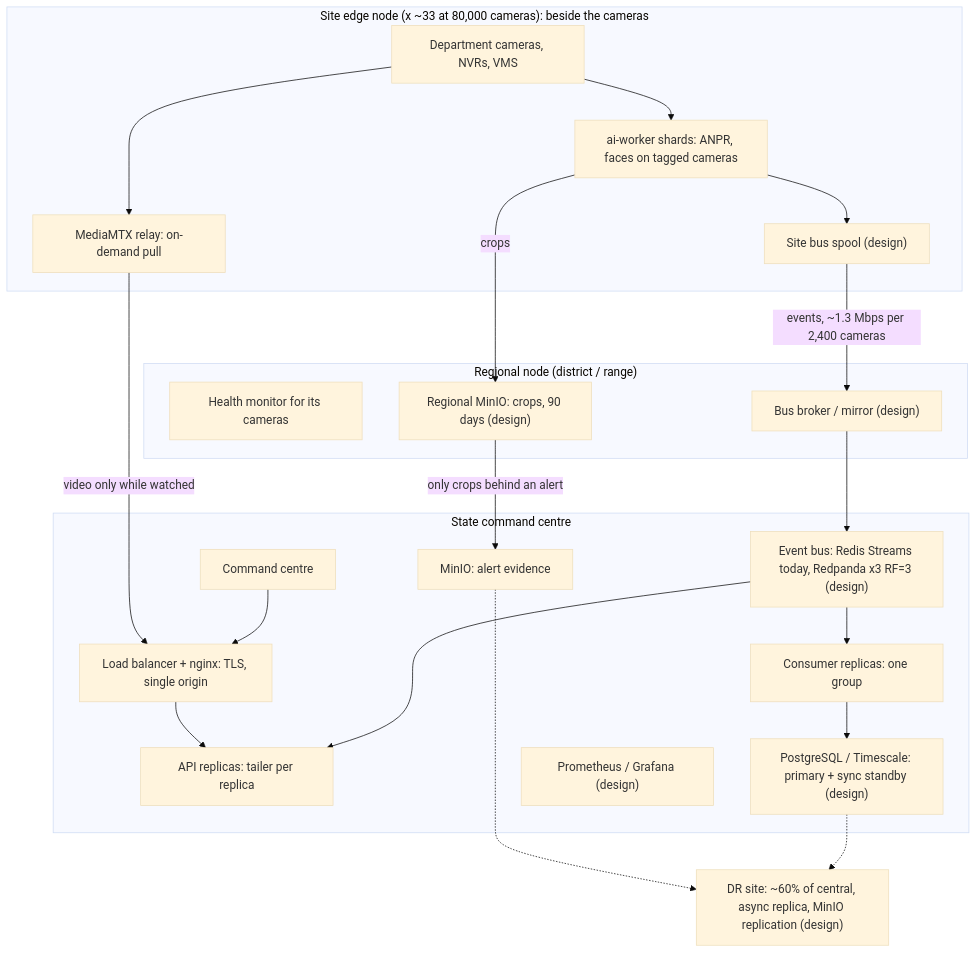
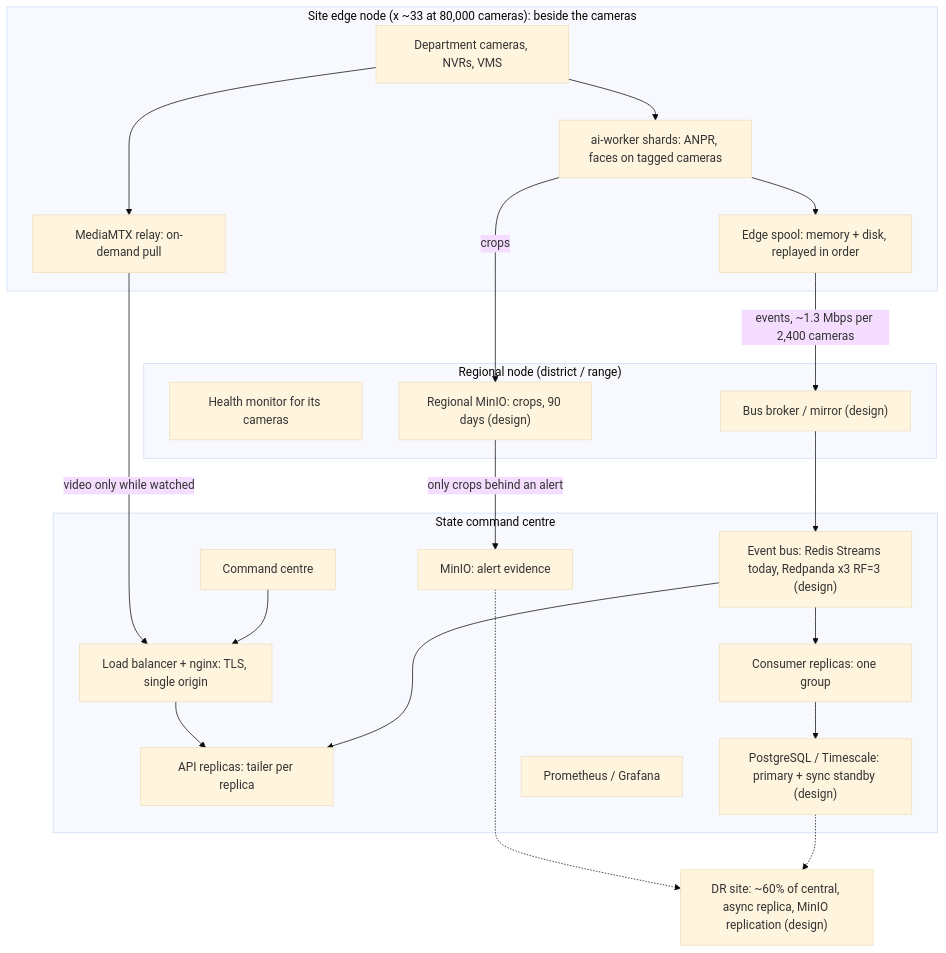
Before and after one commit to makvana-vaibhav/ANPR-Vehicle-Tracking-Trajectory: the fourth of 5 diagrams in docs/HLD.md, drawn with Mermaid (base theme). The commit also changed other lines of this file and 151 other files, not shown here.

````diff
--- a/docs/HLD.md
+++ b/docs/HLD.md
@@ -515,38 +640,38 @@
 ```mermaid
 flowchart TB
   subgraph SITE["Site edge node (x ~33 at 80,000 cameras): beside the cameras"]
     cams["Department cameras, NVRs, VMS"]
     relay["MediaMTX relay: on-demand pull"]
     aiw["ai-worker shards: ANPR, faces on tagged cameras"]
-    spool["Site bus spool (design)"]
+    spool["Edge spool: memory + disk, replayed in order"]
     cams --> relay
     cams --> aiw
     aiw --> spool
   end
   subgraph REG["Regional node (district / range)"]
     mon["Health monitor for its cameras"]
     s3r["Regional MinIO: crops, 90 days (design)"]
     brk["Bus broker / mirror (design)"]
   end
   subgraph STATE["State command centre"]
     lb["Load balancer + nginx: TLS, single origin"]
     api["API replicas: tailer per replica"]
     con["Consumer replicas: one group"]
     pg["PostgreSQL / Timescale: primary + sync standby (design)"]
     bus["Event bus: Redis Streams today, Redpanda x3 RF=3 (design)"]
     s3c["MinIO: alert evidence"]
-    obs["Prometheus / Grafana (design)"]
+    obs["Prometheus / Grafana"]
     web["Command centre"]
   end
   DR["DR site: ~60% of central, async replica, MinIO replication (design)"]
   spool -- "events, ~1.3 Mbps per 2,400 cameras" --> brk --> bus
   aiw -- "crops" --> s3r
   s3r -- "only crops behind an alert" --> s3c
   bus --> con --> pg
   bus --> api
   lb --> api
   web --> lb
   relay -- "video only while watched" --> lb
   pg -.-> DR
   s3c -.-> DR
 ```
````
